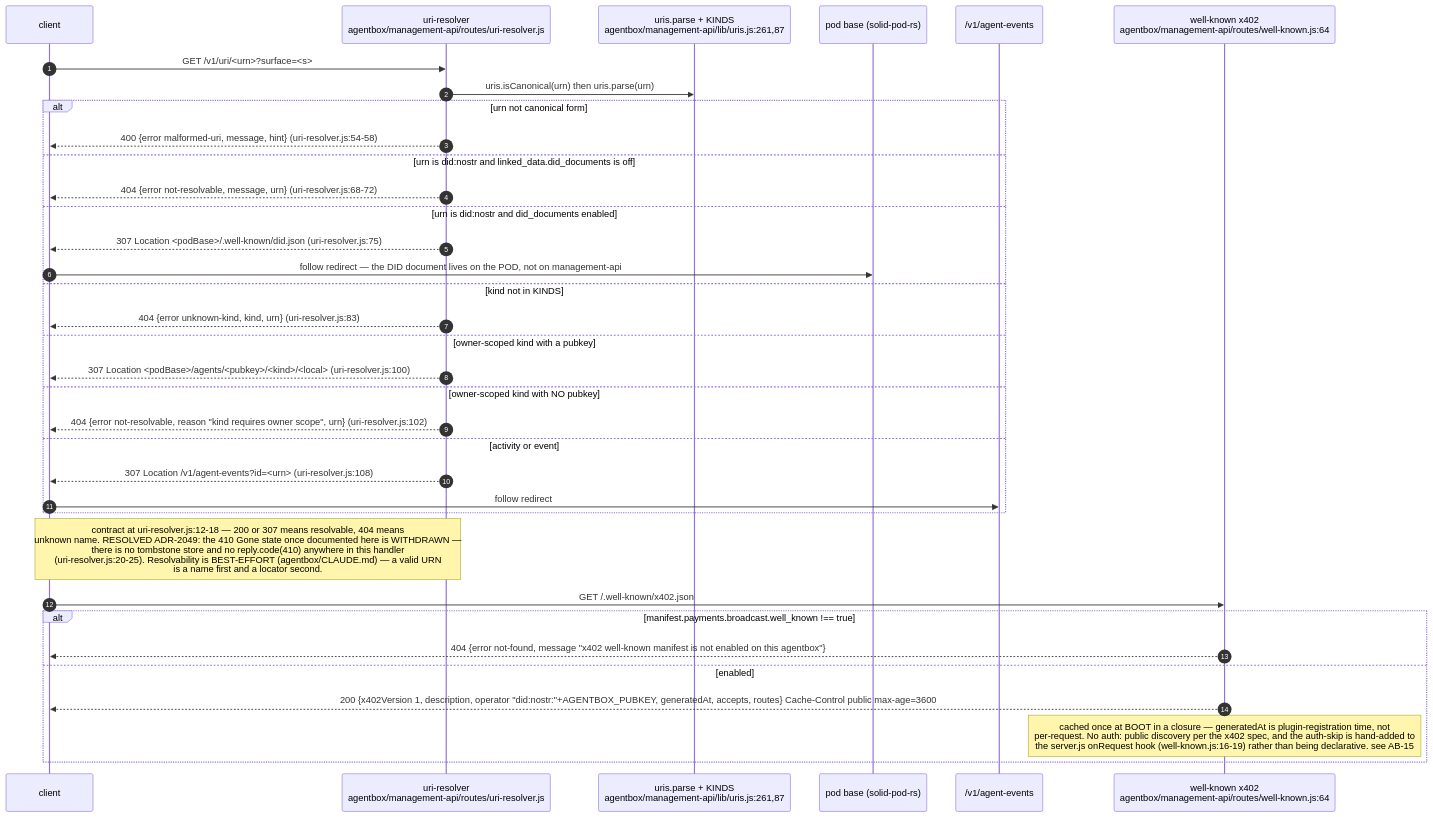
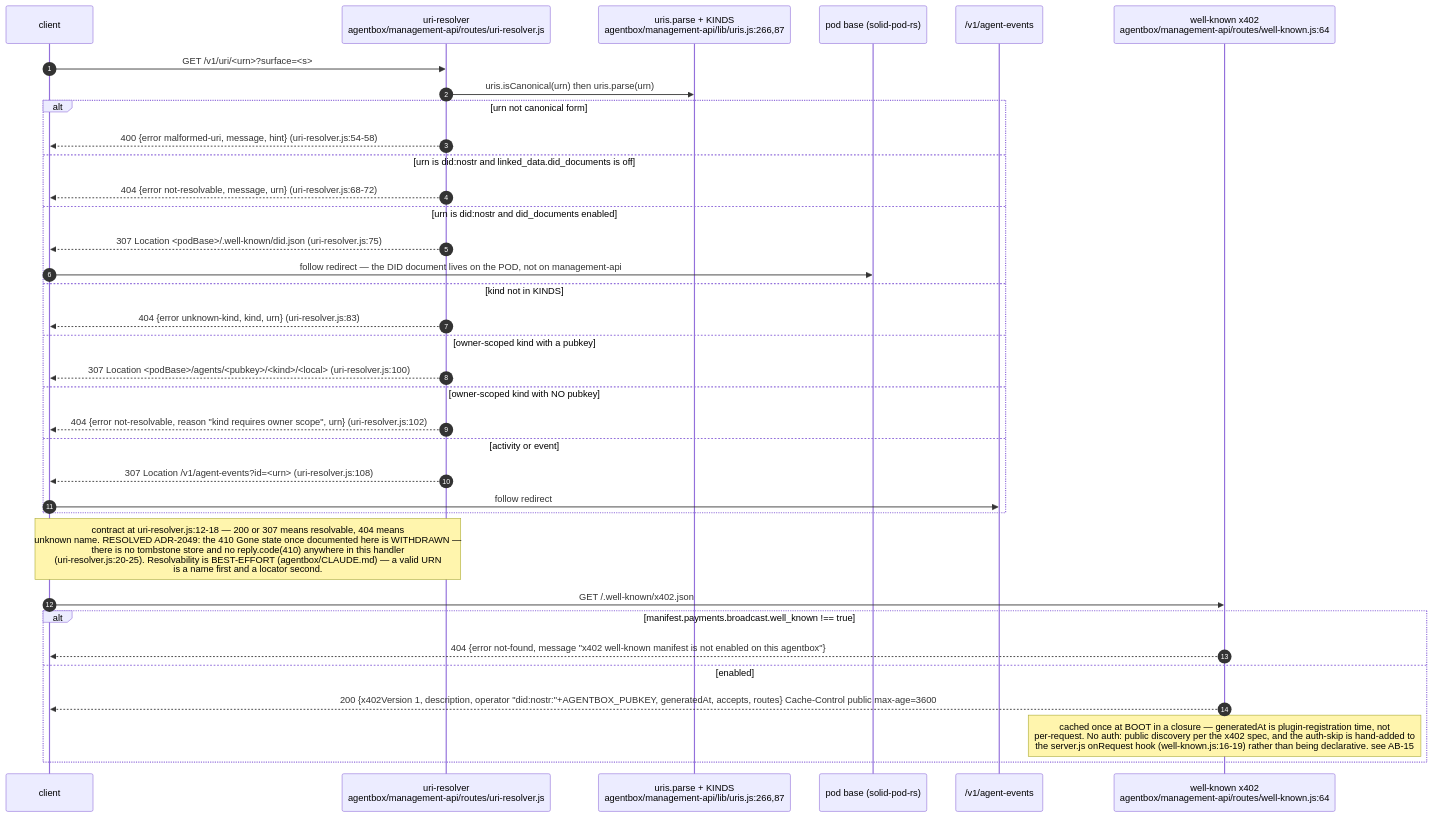
Diagram 15 of 16 in docs/diagrams/agentbox/11-identity-did-mandate-authority.md (DreamLab-AI/VisionFlow), drawn with Mermaid before and after one commit. The commit also changed other lines of this file and 28 other files, not shown here.

````diff
--- a/docs/diagrams/agentbox/11-identity-did-mandate-authority.md
+++ b/docs/diagrams/agentbox/11-identity-did-mandate-authority.md
@@ -617,38 +621,38 @@
 ```mermaid
 sequenceDiagram
     autonumber
     participant C as client
     participant UR as uri-resolver<br/>agentbox/management-api/routes/uri-resolver.js
-    participant K as uris.parse + KINDS<br/>agentbox/management-api/lib/uris.js:261,87
+    participant K as uris.parse + KINDS<br/>agentbox/management-api/lib/uris.js:266,87
     participant POD as pod base (solid-pod-rs)
     participant AE as /v1/agent-events
     participant WK as well-known x402<br/>agentbox/management-api/routes/well-known.js:64
 
     C->>UR: GET /v1/uri/<urn>?surface=<s>
     UR->>K: uris.isCanonical(urn) then uris.parse(urn)
     alt urn not canonical form
         UR-->>C: 400 {error malformed-uri, message, hint} (uri-resolver.js:54-58)
     else urn is did:nostr and linked_data.did_documents is off
         UR-->>C: 404 {error not-resolvable, message, urn} (uri-resolver.js:68-72)
     else urn is did:nostr and did_documents enabled
         UR-->>C: 307 Location <podBase>/.well-known/did.json (uri-resolver.js:75)
         C->>POD: follow redirect — the DID document lives on the POD, not on management-api
     else kind not in KINDS
         UR-->>C: 404 {error unknown-kind, kind, urn} (uri-resolver.js:83)
     else owner-scoped kind with a pubkey
         UR-->>C: 307 Location <podBase>/agents/<pubkey>/<kind>/<local> (uri-resolver.js:100)
     else owner-scoped kind with NO pubkey
         UR-->>C: 404 {error not-resolvable, reason "kind requires owner scope", urn} (uri-resolver.js:102)
     else activity or event
         UR-->>C: 307 Location /v1/agent-events?id=<urn> (uri-resolver.js:108)
         C->>AE: follow redirect
     end
 Note over UR,C: contract at uri-resolver.js:12-18 — 200 or 307 means resolvable, 404 means<br/>unknown name. RESOLVED ADR-2049: the 410 Gone state once documented here is WITHDRAWN —<br/>there is no tombstone store and no reply.code(410) anywhere in this handler<br/>(uri-resolver.js:20-25). Resolvability is BEST-EFFORT (agentbox/CLAUDE.md) — a valid URN<br/>is a name first and a locator second.
     C->>WK: GET /.well-known/x402.json
     alt manifest.payments.broadcast.well_known !== true
         WK-->>C: 404 {error not-found, message "x402 well-known manifest is not enabled on this agentbox"}
     else enabled
         WK-->>C: 200 {x402Version 1, description, operator "did:nostr:"+AGENTBOX_PUBKEY, generatedAt, accepts, routes} Cache-Control public max-age=3600
 Note over WK: cached once at BOOT in a closure — generatedAt is plugin-registration time, not<br/>per-request. No auth: public discovery per the x402 spec, and the auth-skip is hand-added to<br/>the server.js onRequest hook (well-known.js:16-19) rather than being declarative. see AB-15
     end
 ```
````
